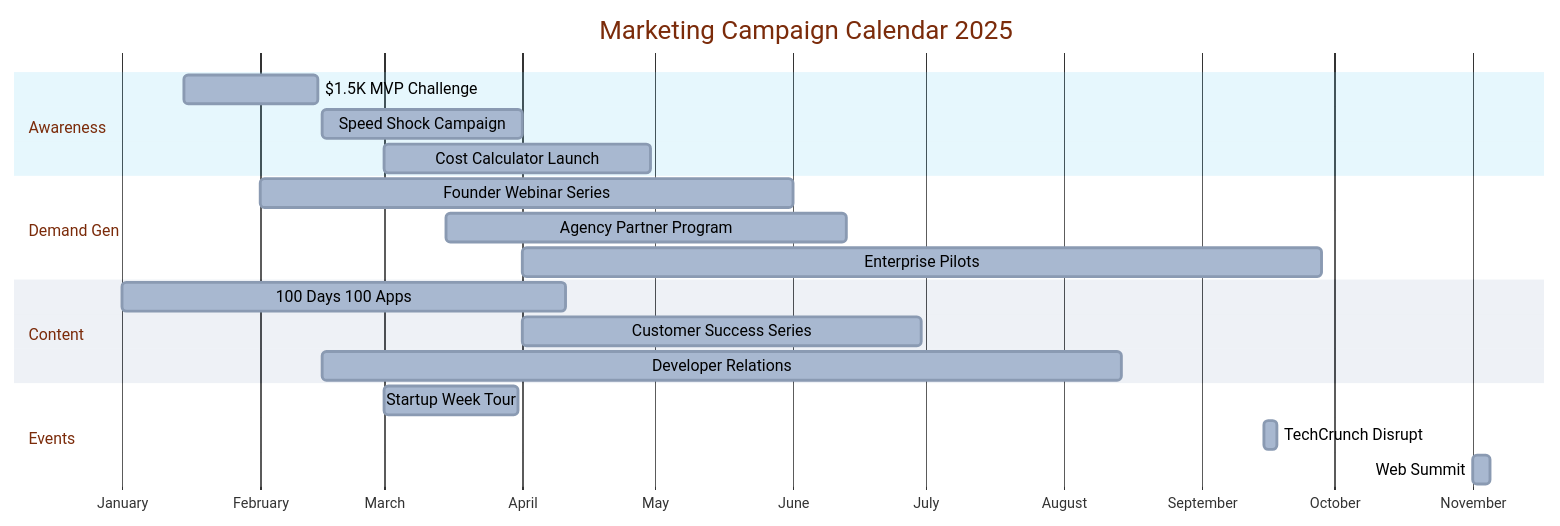
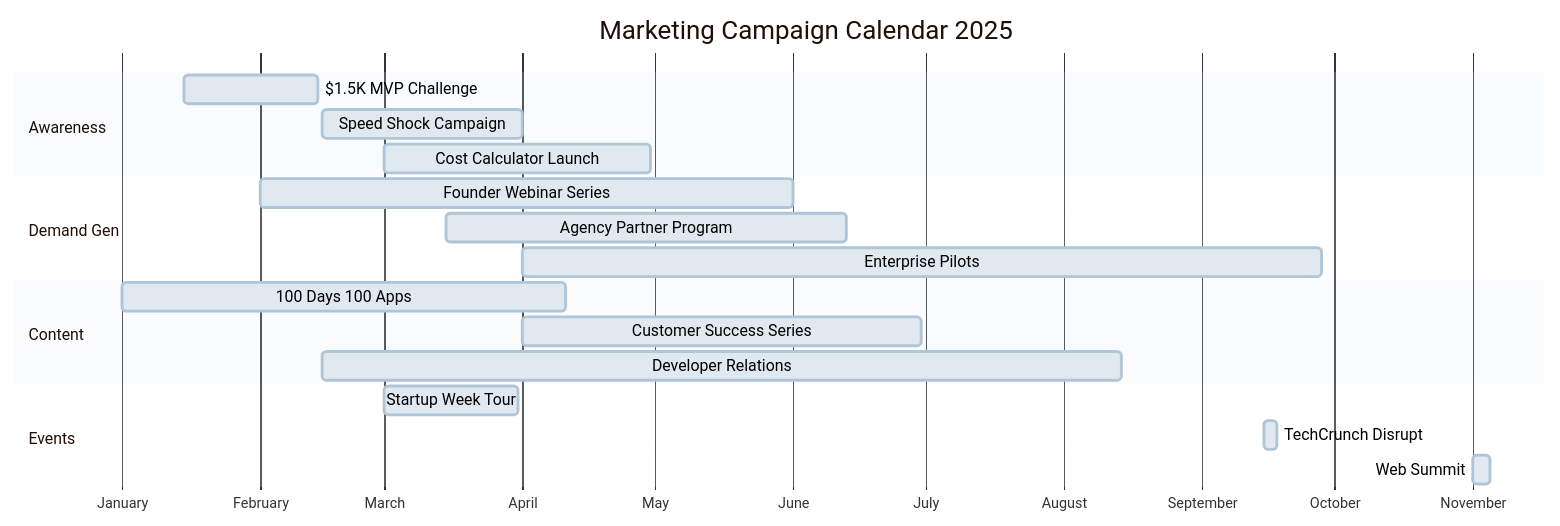
Before and after one commit to o2alexanderfedin/AI-Hive-Business-Docs: the ninth of 18 diagrams in business-documents/competitive-positioning/06-go-to-market-positioning.md, drawn with Mermaid. The commit also changed other lines of this file, not shown here.

First line of the commit message:
Update go-to-market positioning diagrams to lighter color scheme

````diff
--- a/business-documents/competitive-positioning/06-go-to-market-positioning.md
+++ b/business-documents/competitive-positioning/06-go-to-market-positioning.md
@@ -491,43 +539,49 @@
 ```mermaid
 %%{init: {
   'theme': 'base',
   'themeVariables': {
-    'primaryColor': '#A8B8D0',
+    'primaryColor': '#E0E8F0',
     'primaryTextColor': '#000000',
-    'primaryBorderColor': '#8A9AB2',
-    'lineColor': '#8A9AB2',
-    'secondaryColor': '#5DBCB6',
-    'tertiaryColor': '#84D4F5',
-    'background': '#F5F5F5',
+    'primaryBorderColor': '#B0C5D8',
+    'lineColor': '#B0C5D8',
+    'secondaryColor': '#D5E8E0',
+    'tertiaryColor': '#E0F0F8',
+    'background': '#FFFFFF',
+    'mainBkg': '#F8F8F8',
+    'secondBkg': '#F0F0F0',
+    'darkMode': false,
+    'fontFamily': 'Arial, sans-serif',
+    'fontSize': '14px',
+    'textColor': '#000000',
     'ganttTitleColor': '#000000',
     'ganttTaskTextColor': '#000000',
     'ganttTaskTextOutsideColor': '#000000',
     'ganttGridLineColor': '#E1E1E1',
     'ganttNumberColor': '#000000'
   }
 }}%%
 gantt
     title Marketing Campaign Calendar 2025
     dateFormat YYYY-MM-DD
     axisFormat %B
 
     section Awareness
     $1.5K MVP Challenge    :2025-01-15, 30d
     Speed Shock Campaign   :2025-02-15, 45d
     Cost Calculator Launch :2025-03-01, 60d
 
     section Demand Gen
     Founder Webinar Series :2025-02-01, 120d
     Agency Partner Program :2025-03-15, 90d
     Enterprise Pilots      :2025-04-01, 180d
 
     section Content
     100 Days 100 Apps     :2025-01-01, 100d
     Customer Success Series:2025-04-01, 90d
     Developer Relations    :2025-02-15, 180d
 
     section Events
     Startup Week Tour      :2025-03-01, 30d
     TechCrunch Disrupt    :2025-09-15, 3d
     Web Summit            :2025-11-01, 4d
 ```
````
